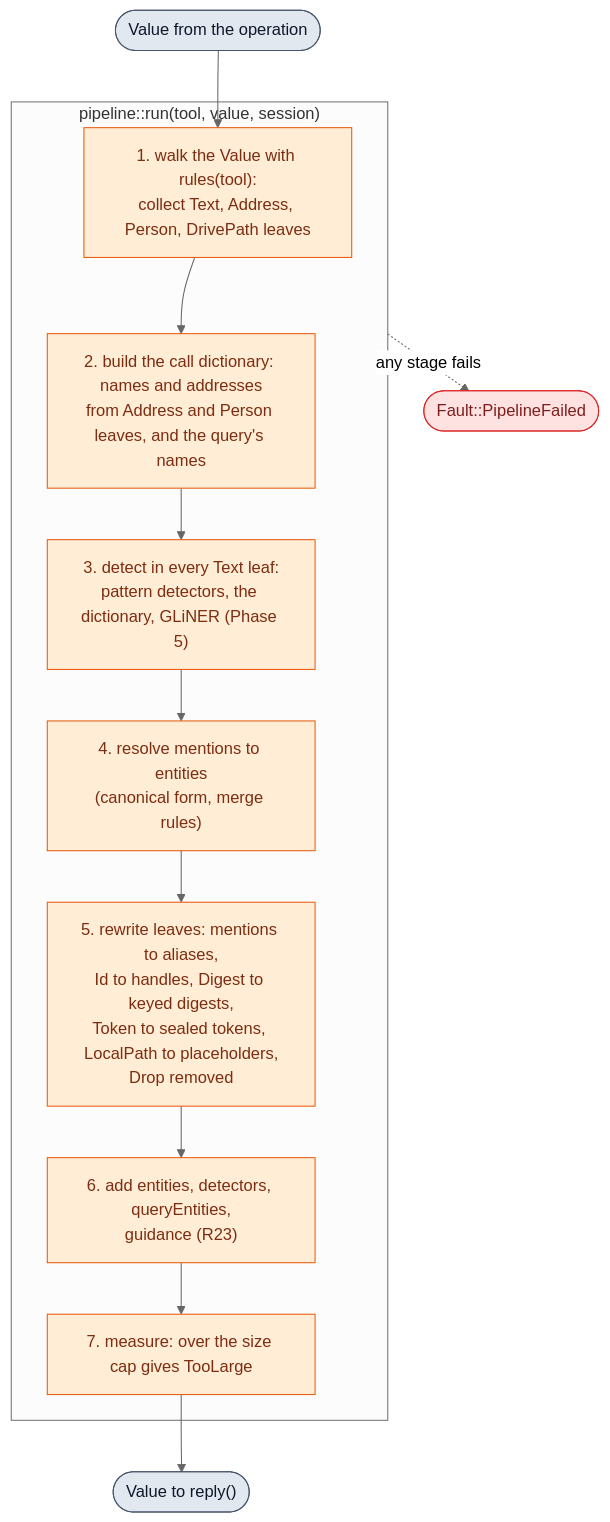
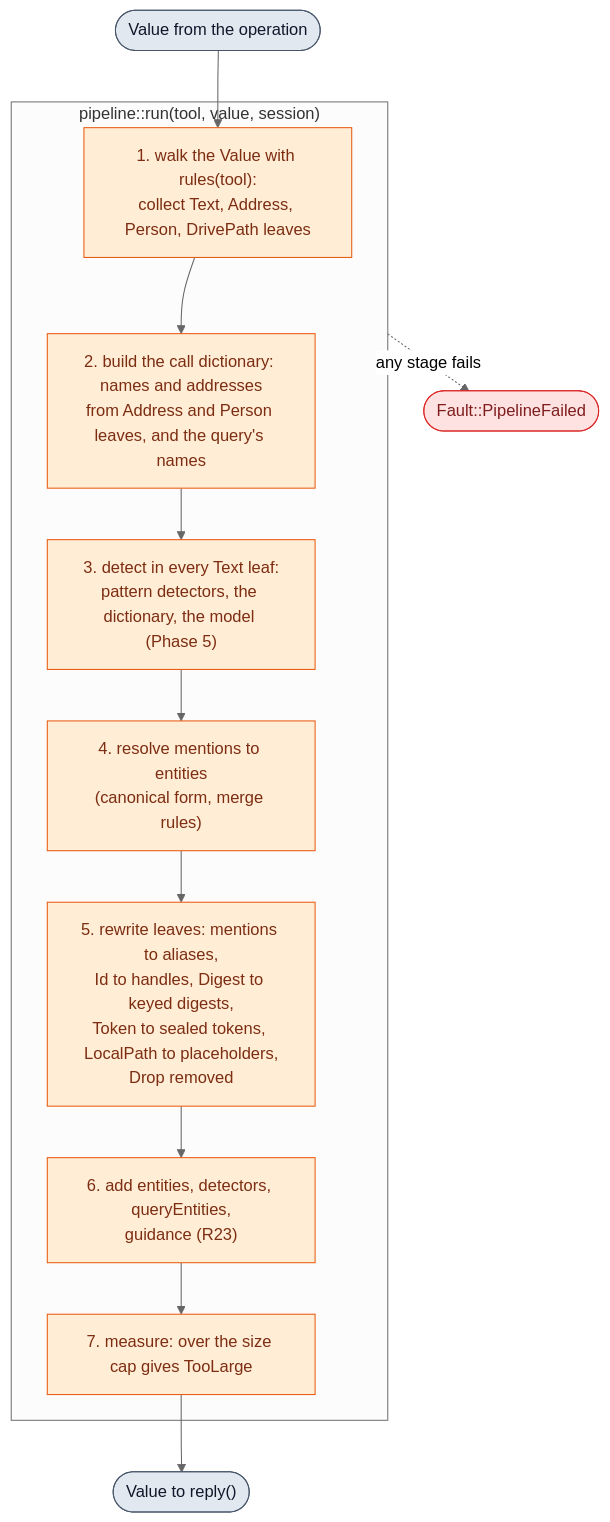
The fifth of 11 diagrams in docs/rfc-0001/lld-privacy-layer.md (matt-w-horn/protonctl), drawn with Mermaid (neutral theme) before and after one commit. The commit also changed other lines of this file and 13 other files, not shown here.

First line of the commit message:
Choose Otter for names in free text; drop Privacy Filter; Phase 5 first

````diff
--- a/docs/rfc-0001/lld-privacy-layer.md
+++ b/docs/rfc-0001/lld-privacy-layer.md
@@ -503,23 +503,23 @@
 ```mermaid
 flowchart TB
     IN(["Value from the operation"]) --> A
     subgraph run["pipeline::run(tool, value, session)"]
         A["1. walk the Value with rules(tool):<br/>collect Text, Address, Person, DrivePath leaves"]
         B["2. build the call dictionary: names and addresses<br/>from Address and Person leaves, and the query's names"]
-        C["3. detect in every Text leaf:<br/>pattern detectors, the dictionary, GLiNER (Phase 5)"]
+        C["3. detect in every Text leaf:<br/>pattern detectors, the dictionary, the model (Phase 5)"]
         D["4. resolve mentions to entities<br/>(canonical form, merge rules)"]
         E["5. rewrite leaves: mentions to aliases,<br/>Id to handles, Digest to keyed digests,<br/>Token to sealed tokens, LocalPath to placeholders,<br/>Drop removed"]
         F["6. add entities, detectors, queryEntities,<br/>guidance (R23)"]
         G["7. measure: over the size cap gives TooLarge"]
         A --> B --> C --> D --> E --> F --> G
     end
     G --> OUT(["Value to reply()"])
     run -.->|"any stage fails"| ERR(["Fault::PipelineFailed"])
 
     classDef s fill:#FFEDD5,stroke:#EA580C,color:#7C2D12
     classDef io fill:#E2E8F0,stroke:#475569,color:#0F172A
     classDef bad fill:#FEE2E2,stroke:#DC2626,color:#7F1D1D
     class A,B,C,D,E,F,G s
     class IN,OUT io
     class ERR bad
 ```
````
